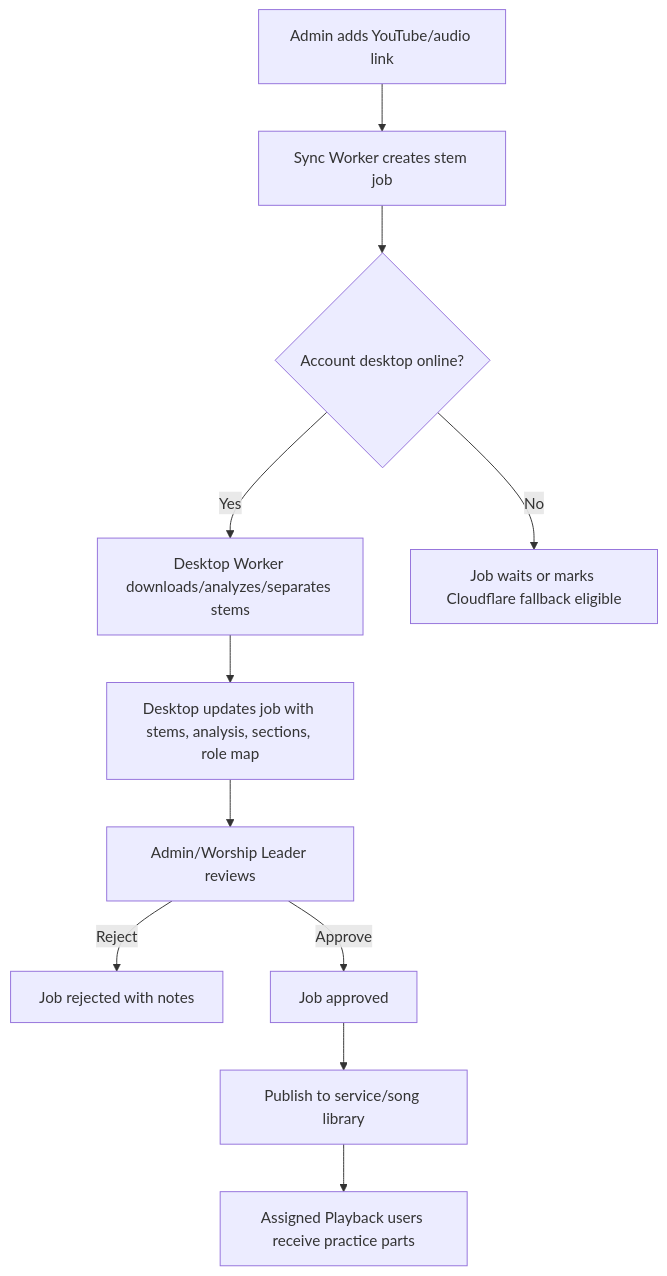
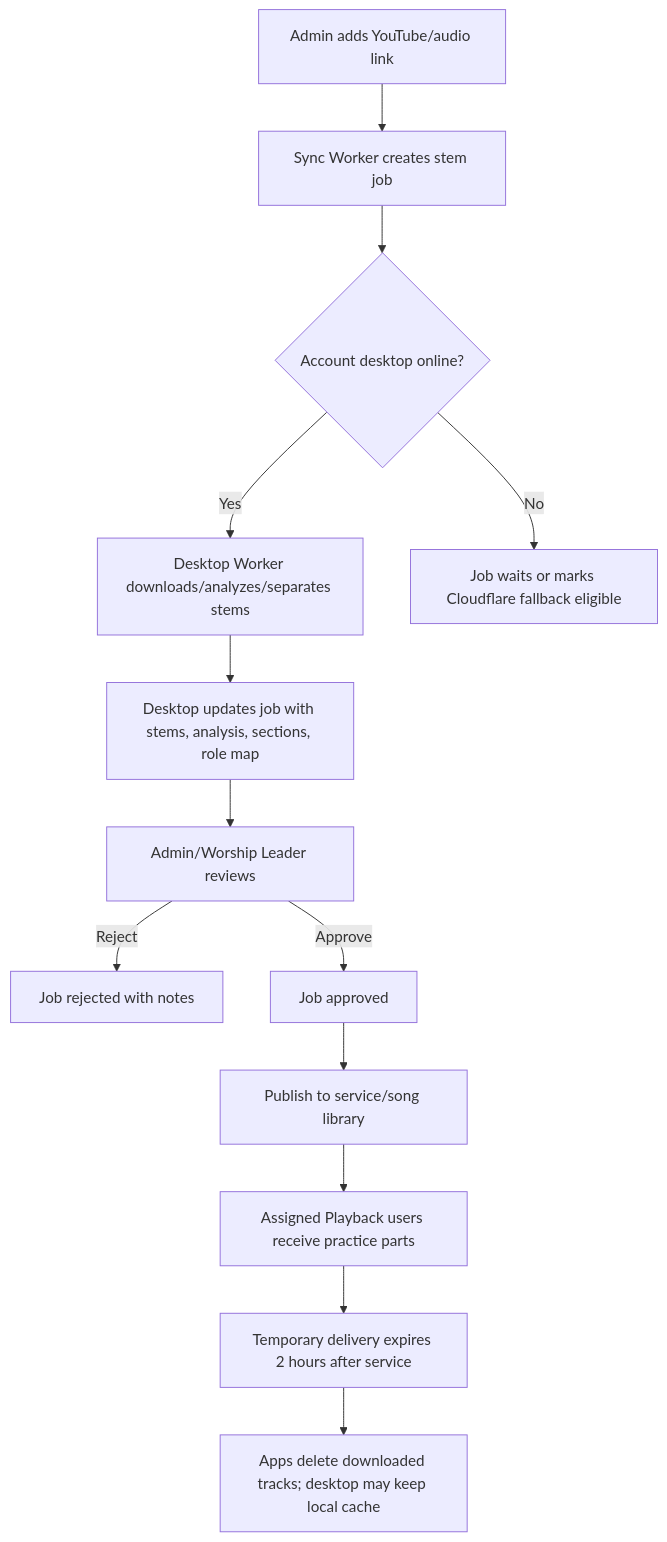
One commit to xxmineiroxx-sketch/Ultimate-musician-cinestage-vault changed the diagram in docs/cinestage-desktop-stem-worker.md. Above: the diagram before and after it, drawn with Mermaid. The commit also changed other lines of this file and 8 other files, not shown here.

````diff
--- a/docs/cinestage-desktop-stem-worker.md
+++ b/docs/cinestage-desktop-stem-worker.md
@@ -20,13 +22,15 @@
 ```mermaid
 flowchart TD
   A["Admin adds YouTube/audio link"] --> B["Sync Worker creates stem job"]
   B --> C{"Account desktop online?"}
   C -->|Yes| D["Desktop Worker downloads/analyzes/separates stems"]
   C -->|No| E["Job waits or marks Cloudflare fallback eligible"]
   D --> F["Desktop updates job with stems, analysis, sections, role map"]
   F --> G["Admin/Worship Leader reviews"]
   G -->|Reject| H["Job rejected with notes"]
   G -->|Approve| I["Job approved"]
   I --> J["Publish to service/song library"]
   J --> K["Assigned Playback users receive practice parts"]
+  K --> L["Temporary delivery expires 2 hours after service"]
+  L --> M["Apps delete downloaded tracks; desktop may keep local cache"]
 ```
````
